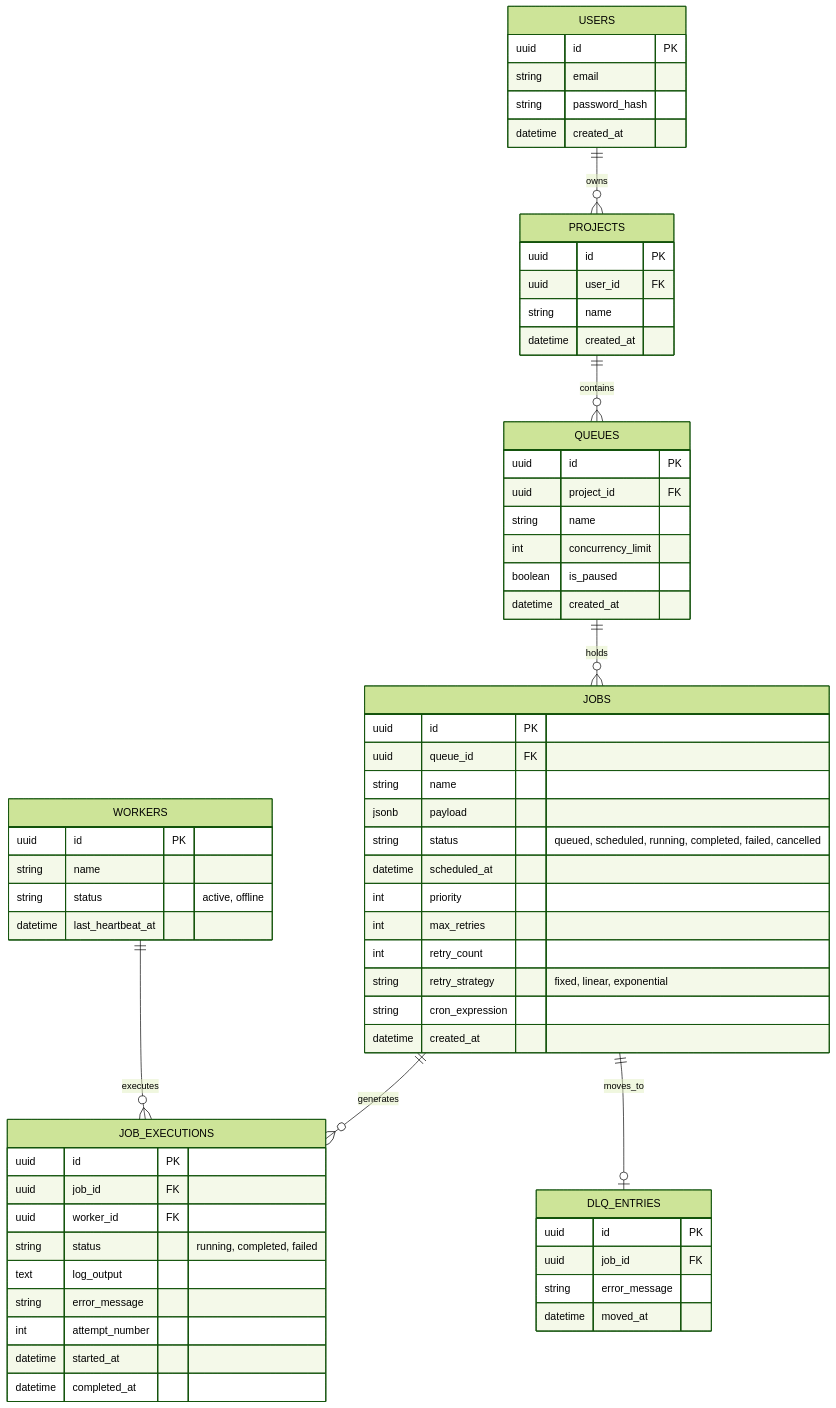
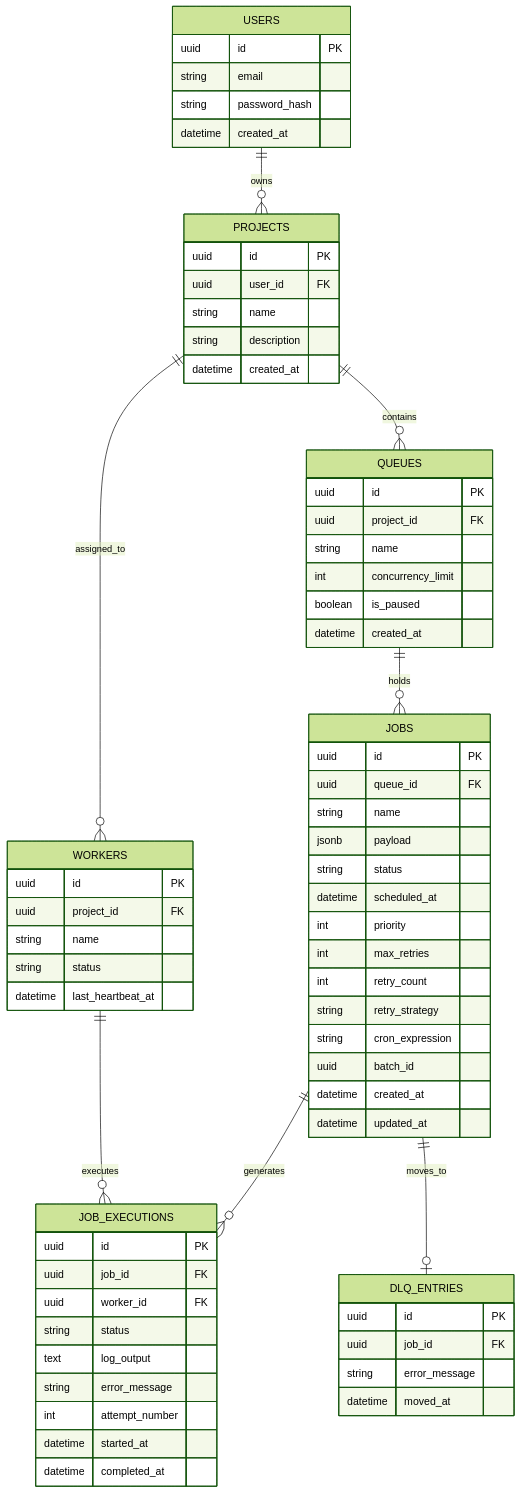
Before and after one commit to shrutigadhe/Distributed-Job-Scheduler: the diagram in docs/architecture.md, drawn with Mermaid (forest theme). The commit also changed other lines of this file and 15 other files, not shown here.

````diff
--- a/docs/architecture.md
+++ b/docs/architecture.md
@@ -15,73 +89,78 @@
 ```mermaid
 erDiagram
     USERS ||--o{ PROJECTS : owns
     PROJECTS ||--o{ QUEUES : contains
+    PROJECTS ||--o{ WORKERS : assigned_to
     QUEUES ||--o{ JOBS : holds
     JOBS ||--o{ JOB_EXECUTIONS : generates
     WORKERS ||--o{ JOB_EXECUTIONS : executes
     JOBS ||--o| DLQ_ENTRIES : moves_to
 
     USERS {
         uuid id PK
         string email
         string password_hash
         datetime created_at
     }
 
     PROJECTS {
         uuid id PK
         uuid user_id FK
         string name
+        string description
         datetime created_at
     }
 
     QUEUES {
         uuid id PK
         uuid project_id FK
         string name
         int concurrency_limit
         boolean is_paused
         datetime created_at
     }
 
     JOBS {
         uuid id PK
         uuid queue_id FK
         string name
         jsonb payload
-        string status "queued, scheduled, running, completed, failed, cancelled"
+        string status
         datetime scheduled_at
         int priority
         int max_retries
         int retry_count
-        string retry_strategy "fixed, linear, exponential"
+        string retry_strategy
         string cron_expression
+        uuid batch_id
         datetime created_at
+        datetime updated_at
     }
 
     JOB_EXECUTIONS {
         uuid id PK
         uuid job_id FK
         uuid worker_id FK
-        string status "running, completed, failed"
+        string status
         text log_output
         string error_message
         int attempt_number
         datetime started_at
         datetime completed_at
     }
 
     WORKERS {
         uuid id PK
+        uuid project_id FK
         string name
-        string status "active, offline"
+        string status
         datetime last_heartbeat_at
     }
 
     DLQ_ENTRIES {
         uuid id PK
         uuid job_id FK
         string error_message
         datetime moved_at
     }
 ```
````
